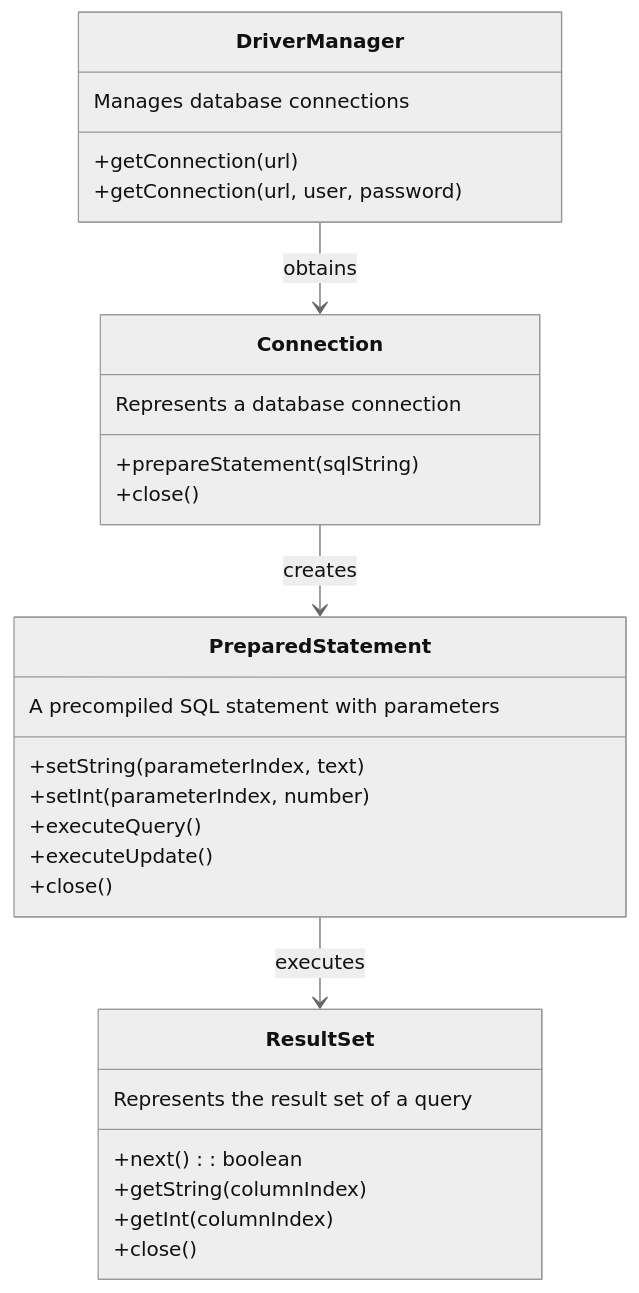
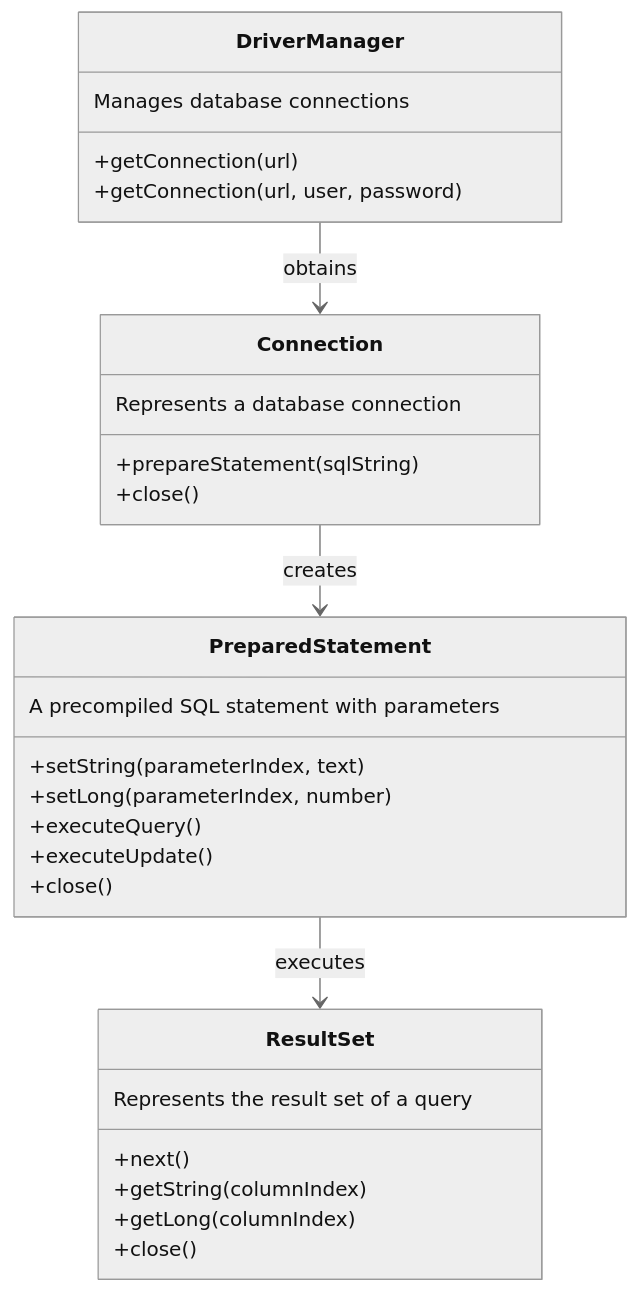
The second of 2 diagrams in README.md (ohjelmointi2/sql-databases), drawn with Mermaid (neutral theme) before and after one commit. The commit also changed other lines of this file and 2 other files, not shown here.

````diff
--- a/README.md
+++ b/README.md
@@ -160,37 +162,37 @@
 ```mermaid
 classDiagram
     direction TB
     class DriverManager {
         Manages database connections
         +getConnection(url)
         +getConnection(url, user, password)
     }
 
     class Connection {
         Represents a database connection
         +prepareStatement(sqlString)
         +close()
     }
 
 
     class PreparedStatement {
         A precompiled SQL statement with parameters
         +setString(parameterIndex, text)
-        +setInt(parameterIndex, number)
+        +setLong(parameterIndex, number)
         +executeQuery()
         +executeUpdate()
         +close()
     }
 
     class ResultSet {
         Represents the result set of a query
-        +next(): boolean
+        +next()
         +getString(columnIndex)
-        +getInt(columnIndex)
+        +getLong(columnIndex)
         +close()
     }
 
     DriverManager --> Connection: obtains
     Connection --> PreparedStatement: creates
     PreparedStatement --> ResultSet: executes
 ```
````
